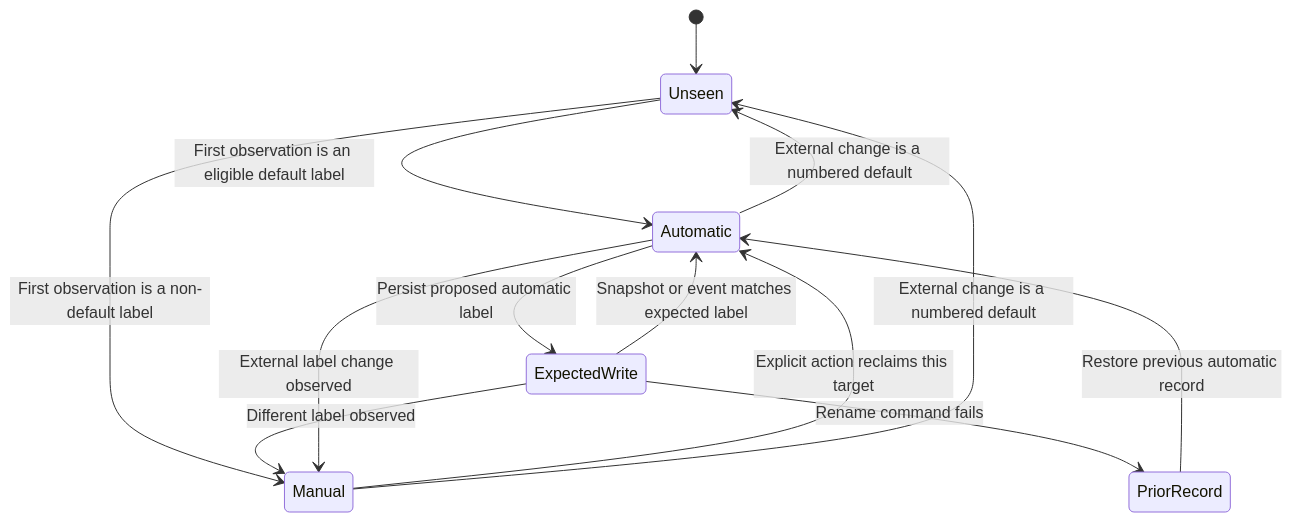
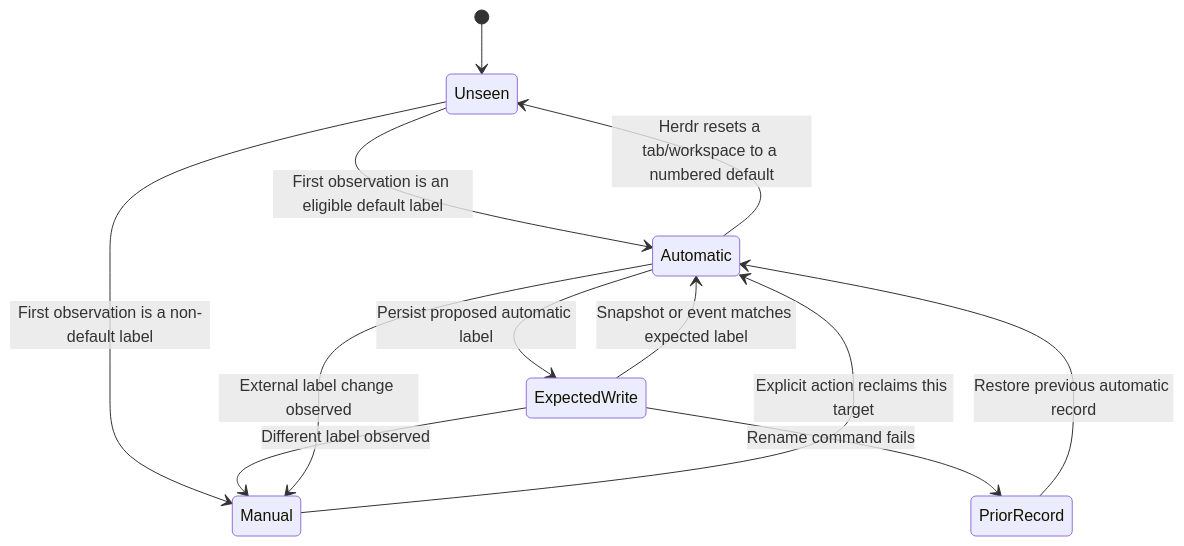
One commit to iurysza/herdr-tab-smart-rename changed the first of 2 diagrams in ai-artifacts/architecture/ownership-and-concurrency.md. Above: the diagram before and after it, drawn with Mermaid. The commit also changed other lines of this file and 3 other files, not shown here.

First line of the commit message:
fix: restrict numbered-default reclamation to tabs and workspaces

````diff
--- a/ai-artifacts/architecture/ownership-and-concurrency.md
+++ b/ai-artifacts/architecture/ownership-and-concurrency.md
@@ -11,15 +11,14 @@
 ```mermaid
 stateDiagram-v2
     [*] --> Unseen
     Unseen --> Automatic: First observation is an eligible default label
     Unseen --> Manual: First observation is a non-default label
     Automatic --> ExpectedWrite: Persist proposed automatic label
     ExpectedWrite --> Automatic: Snapshot or event matches expected label
     ExpectedWrite --> Manual: Different label observed
     Automatic --> Manual: External label change observed
+    Automatic --> Unseen: Herdr resets a tab/workspace to a numbered default
     Manual --> Automatic: Explicit action reclaims this target
-    Automatic --> Unseen: External change is a numbered default
-    Manual --> Unseen: External change is a numbered default
     ExpectedWrite --> PriorRecord: Rename command fails
     PriorRecord --> Automatic: Restore previous automatic record
 ```
````
